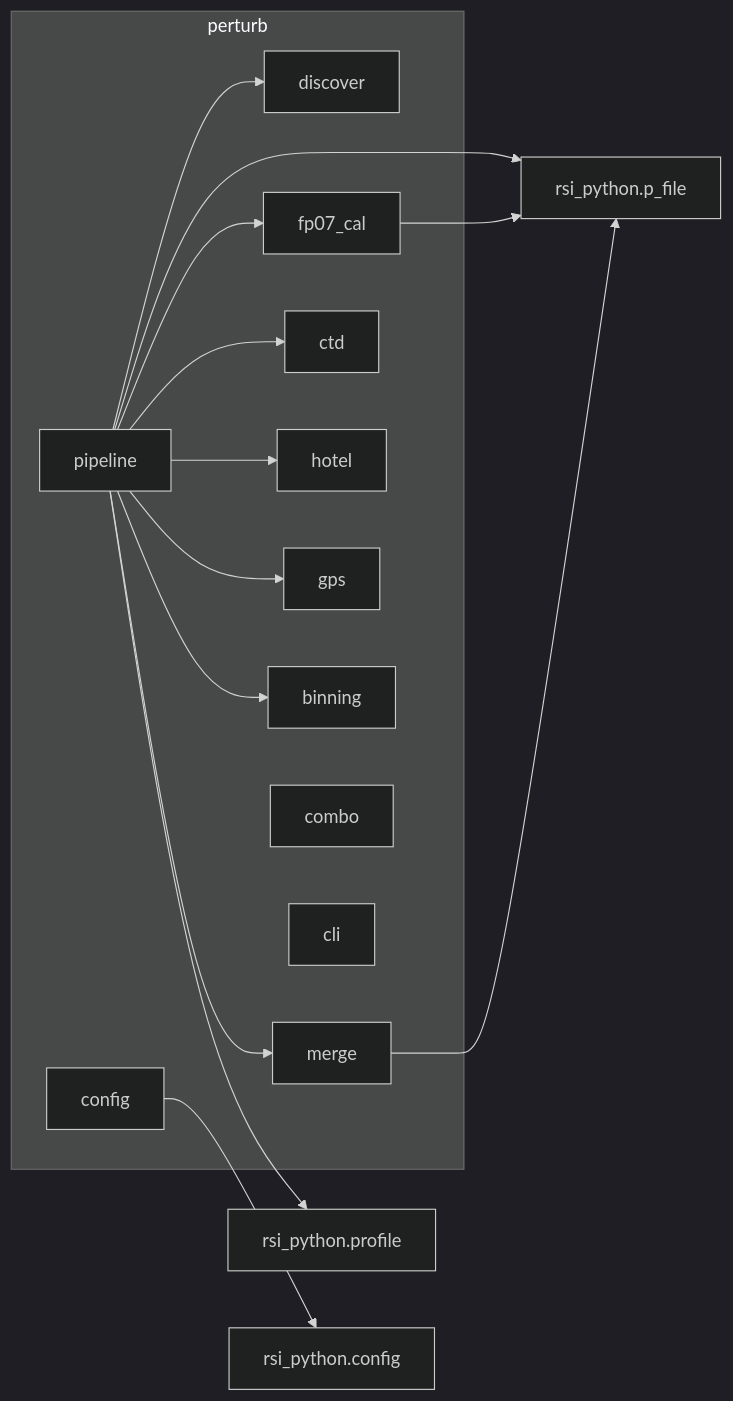
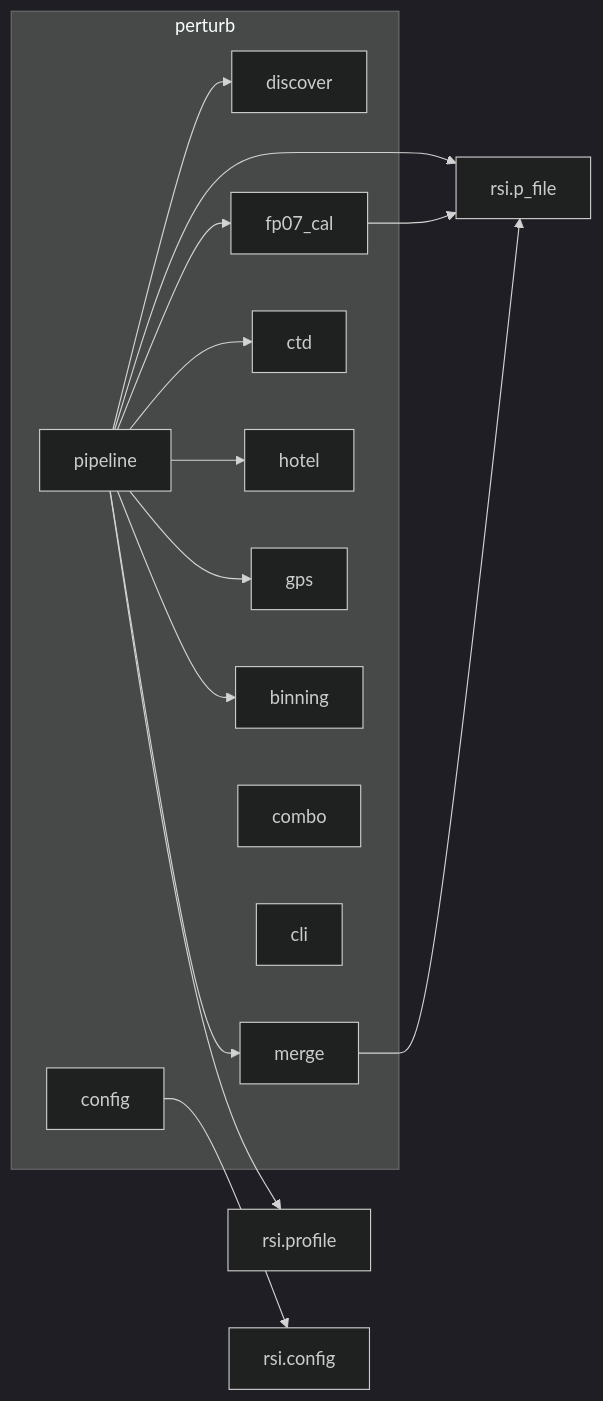
The fifth of 6 diagrams in docs/ARCHITECTURE.md (mousebrains/turbulence), drawn with Mermaid (dark theme) before and after one commit. The commit also changed other lines of this file and 140 other files, not shown here.

````diff
--- a/docs/ARCHITECTURE.md
+++ b/docs/ARCHITECTURE.md
@@ -183,20 +183,20 @@
 ```mermaid
 graph LR
     subgraph perturb
         pipeline --> discover
         pipeline --> merge
         pipeline --> fp07_cal
         pipeline --> ctd
         pipeline --> hotel
         pipeline --> gps
         pipeline --> binning
         combo
         config
         cli
     end
-    pipeline --> rsi_python.p_file
-    pipeline --> rsi_python.profile
-    fp07_cal --> rsi_python.p_file
-    merge --> rsi_python.p_file
-    config --> rsi_python.config
+    pipeline --> rsi.p_file
+    pipeline --> rsi.profile
+    fp07_cal --> rsi.p_file
+    merge --> rsi.p_file
+    config --> rsi.config
 ```
````
